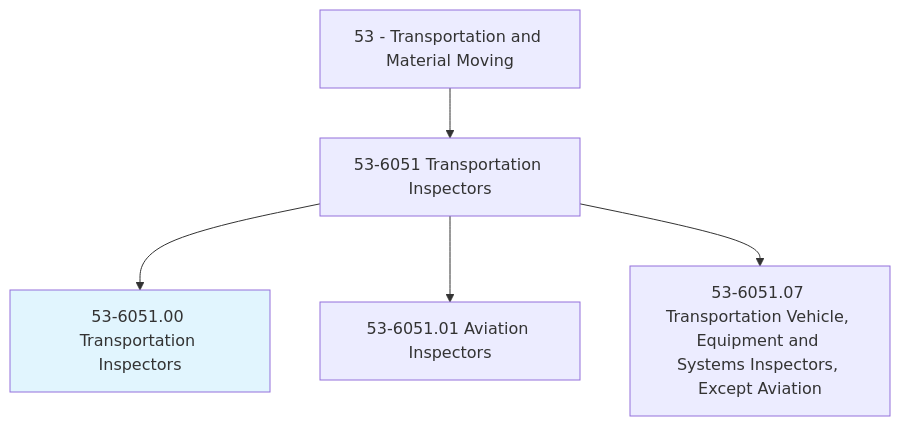
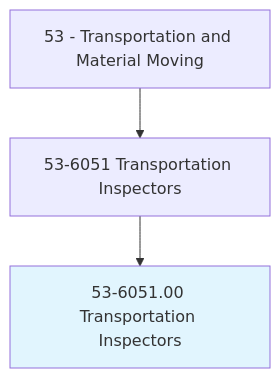
Before and after one commit to kziemski/business.org.ai: the first of 4 diagrams in occupations/Transportation/TransportationInspectors.mdx, drawn with Mermaid. The commit also changed other lines of this file and 938 other files, not shown here.

````diff
--- a/occupations/Transportation/TransportationInspectors.mdx
+++ b/occupations/Transportation/TransportationInspectors.mdx
@@ -19,8 +23,6 @@
 ```mermaid
 graph TD
     Cat53["53 - Transportation and Material Moving"] --> Group536051["53-6051 Transportation Inspectors"]
     Group536051 --> Current["53-6051.00 Transportation Inspectors"]
     style Current fill:#e1f5fe
-    Group536051 --> V53605101["53-6051.01 Aviation Inspectors"]
-    Group536051 --> V53605107["53-6051.07 Transportation Vehicle, Equipment and Systems Inspectors, Except Aviation"]
 ```
````
